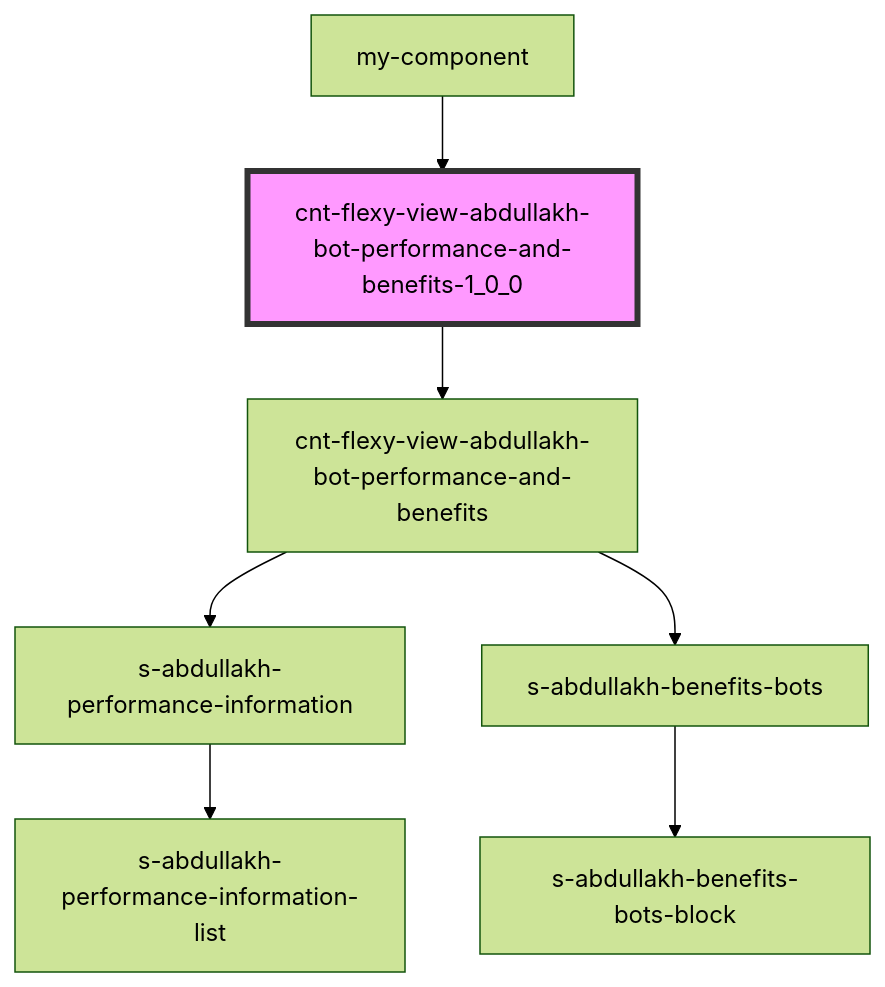
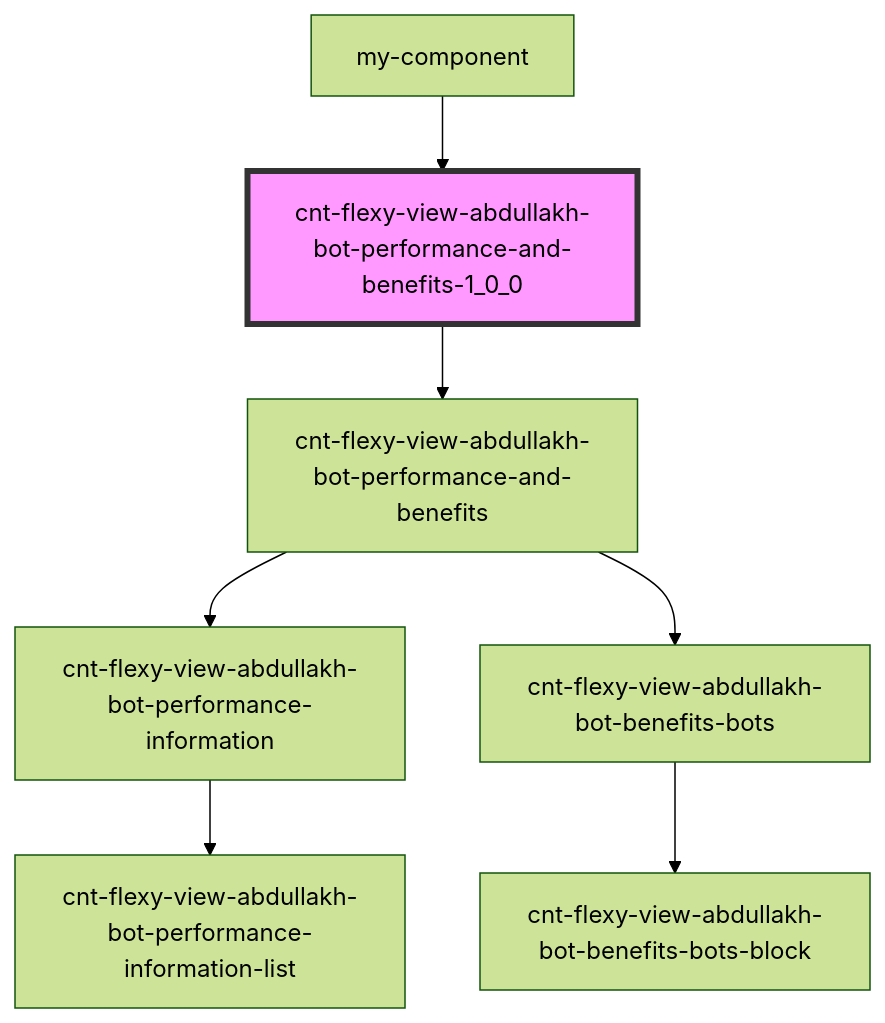
Before and after one commit to Wokh-Dada/botdevelopmentapp: the diagram in src/components/cnt-flexy-view-abdullakh-bot-performance-and-benefits-1_0_0/readme.md, drawn with Mermaid (forest theme). The commit also changed 101 other files, not shown here.

````diff
--- a/src/components/cnt-flexy-view-abdullakh-bot-performance-and-benefits-1_0_0/readme.md
+++ b/src/components/cnt-flexy-view-abdullakh-bot-performance-and-benefits-1_0_0/readme.md
@@ -34,10 +34,10 @@
 ```mermaid
 graph TD;
   cnt-flexy-view-abdullakh-bot-performance-and-benefits-1_0_0 --> cnt-flexy-view-abdullakh-bot-performance-and-benefits
-  cnt-flexy-view-abdullakh-bot-performance-and-benefits --> s-abdullakh-performance-information
-  cnt-flexy-view-abdullakh-bot-performance-and-benefits --> s-abdullakh-benefits-bots
-  s-abdullakh-performance-information --> s-abdullakh-performance-information-list
-  s-abdullakh-benefits-bots --> s-abdullakh-benefits-bots-block
+  cnt-flexy-view-abdullakh-bot-performance-and-benefits --> cnt-flexy-view-abdullakh-bot-performance-information
+  cnt-flexy-view-abdullakh-bot-performance-and-benefits --> cnt-flexy-view-abdullakh-bot-benefits-bots
+  cnt-flexy-view-abdullakh-bot-performance-information --> cnt-flexy-view-abdullakh-bot-performance-information-list
+  cnt-flexy-view-abdullakh-bot-benefits-bots --> cnt-flexy-view-abdullakh-bot-benefits-bots-block
   my-component --> cnt-flexy-view-abdullakh-bot-performance-and-benefits-1_0_0
   style cnt-flexy-view-abdullakh-bot-performance-and-benefits-1_0_0 fill:#f9f,stroke:#333,stroke-width:4px
 ```
````
